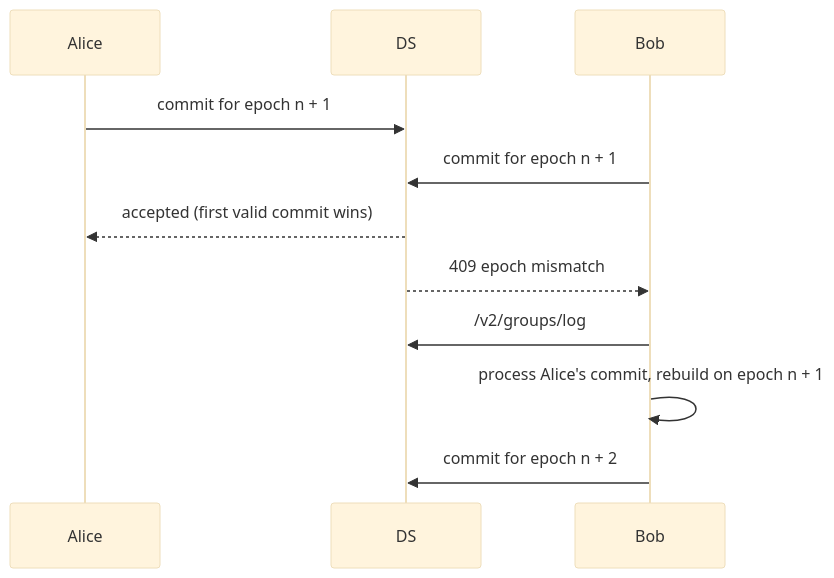
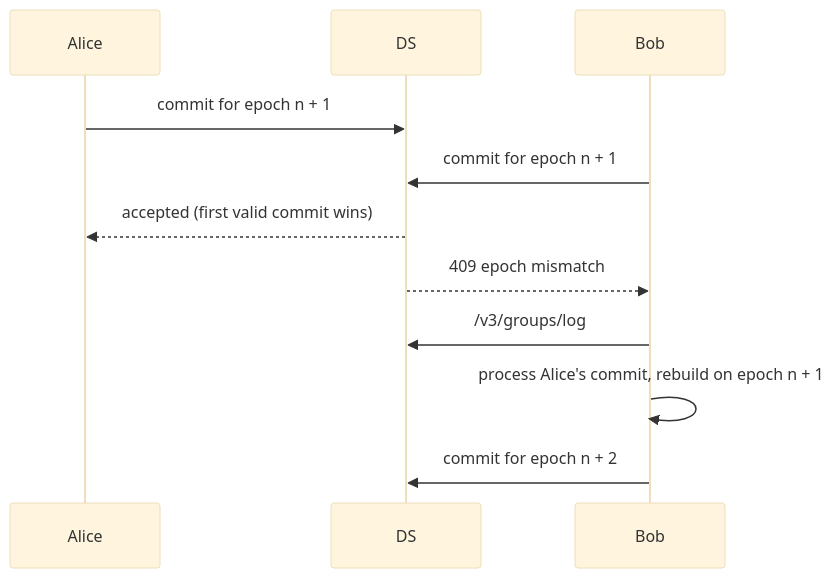
One commit to pwnsdx/cityg changed the seventh of 10 diagrams in docs/workflows.md. Above: the diagram before and after it, drawn with Mermaid (base theme). The commit also changed other lines of this file and 166 other files, not shown here.

````diff
--- a/docs/workflows.md
+++ b/docs/workflows.md
@@ -103,13 +130,13 @@
 ```mermaid
 sequenceDiagram
     participant A as Alice
     participant DS
     participant B as Bob
     A->>DS: commit for epoch n + 1
     B->>DS: commit for epoch n + 1
     DS-->>A: accepted (first valid commit wins)
     DS-->>B: 409 epoch mismatch
-    B->>DS: /v2/groups/log
+    B->>DS: /v3/groups/log
     B->>B: process Alice's commit, rebuild on epoch n + 1
     B->>DS: commit for epoch n + 2
 ```
````
